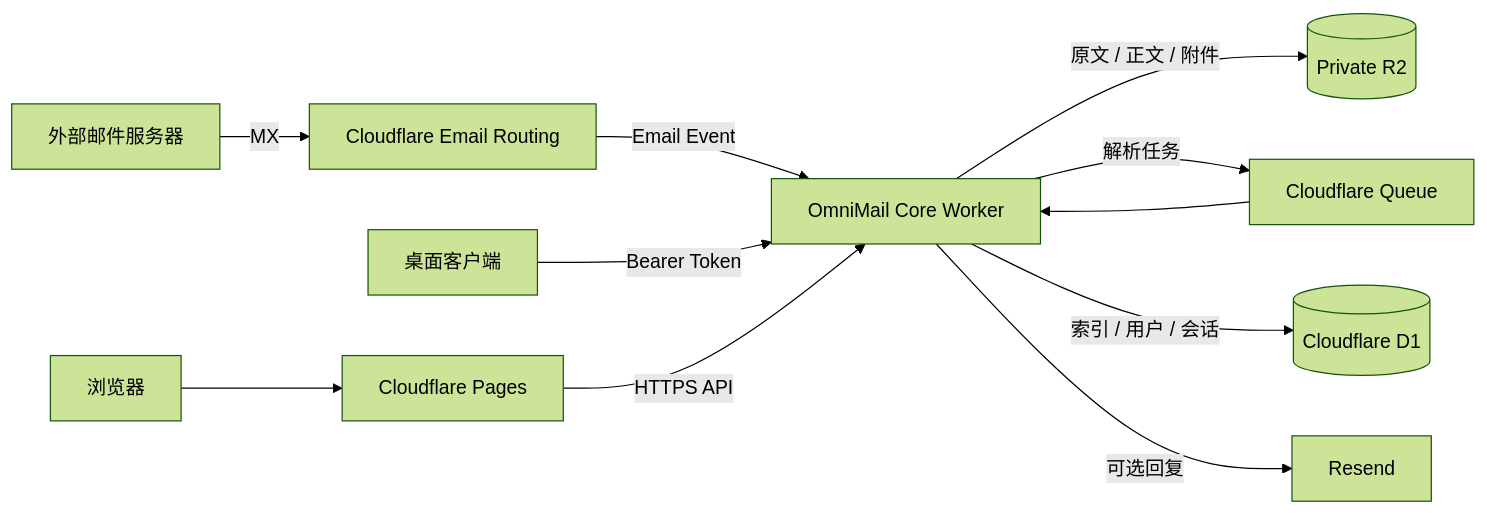
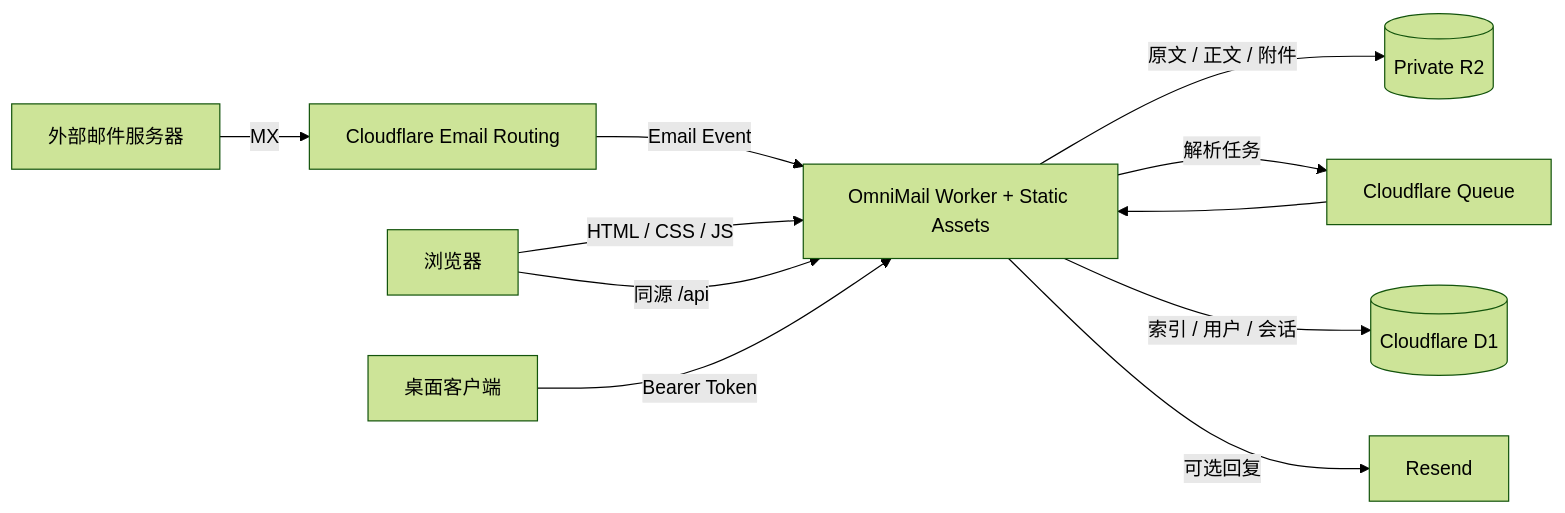
One commit to 7iook/OmniMail changed the diagram in README.md. Above: the diagram before and after it, drawn with Mermaid (forest theme). The commit also changed other lines of this file and 16 other files, not shown here.

````diff
--- a/README.md
+++ b/README.md
@@ -97,14 +97,14 @@
 ```mermaid
 flowchart LR
     Sender[外部邮件服务器] -->|MX| Routing[Cloudflare Email Routing]
-    Routing -->|Email Event| Worker[OmniMail Core Worker]
+    Routing -->|Email Event| Worker[OmniMail Worker + Static Assets]
     Worker -->|原文 / 正文 / 附件| R2[(Private R2)]
     Worker -->|解析任务| Queue[Cloudflare Queue]
     Queue --> Worker
     Worker -->|索引 / 用户 / 会话| D1[(Cloudflare D1)]
     Worker -->|可选回复| Resend[Resend]
 
-    Browser[浏览器] --> Pages[Cloudflare Pages]
+    Browser[浏览器] -->|HTML / CSS / JS| Worker
+    Browser -->|同源 /api| Worker
     Desktop[桌面客户端] -->|Bearer Token| Worker
-    Pages -->|HTTPS API| Worker
 ```
````
